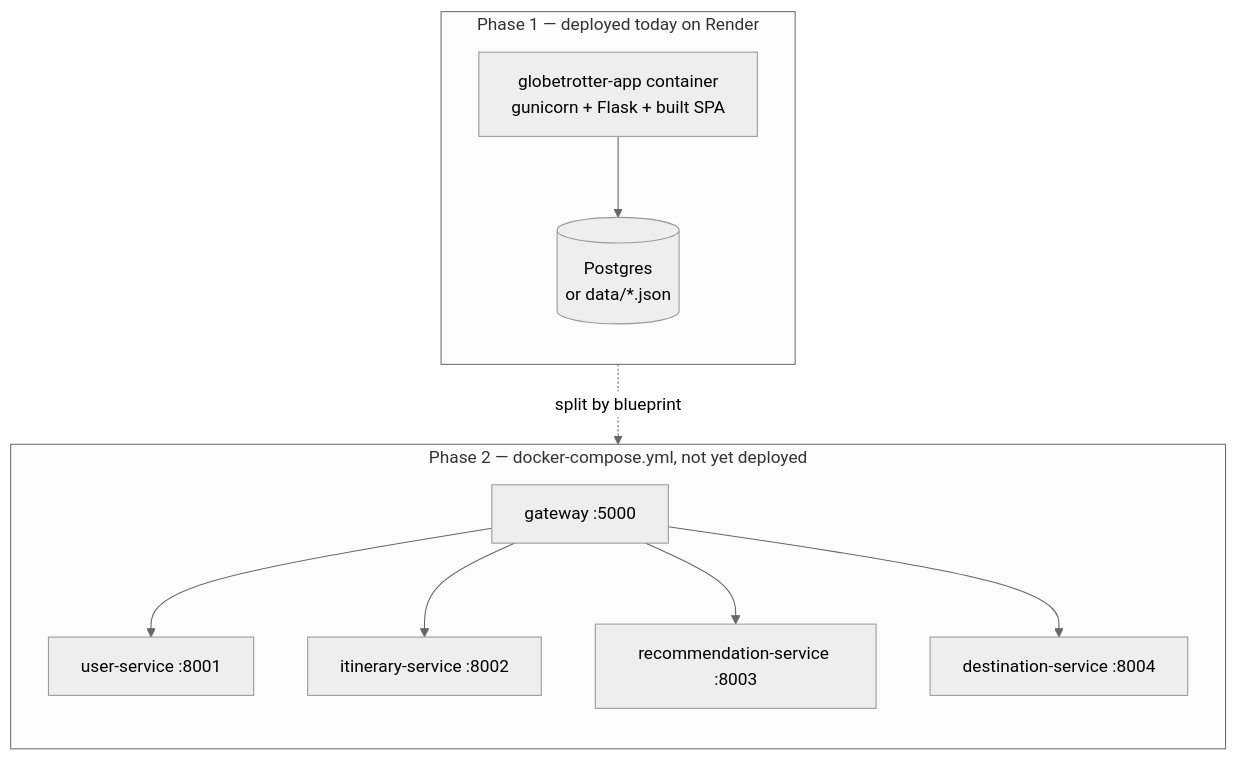
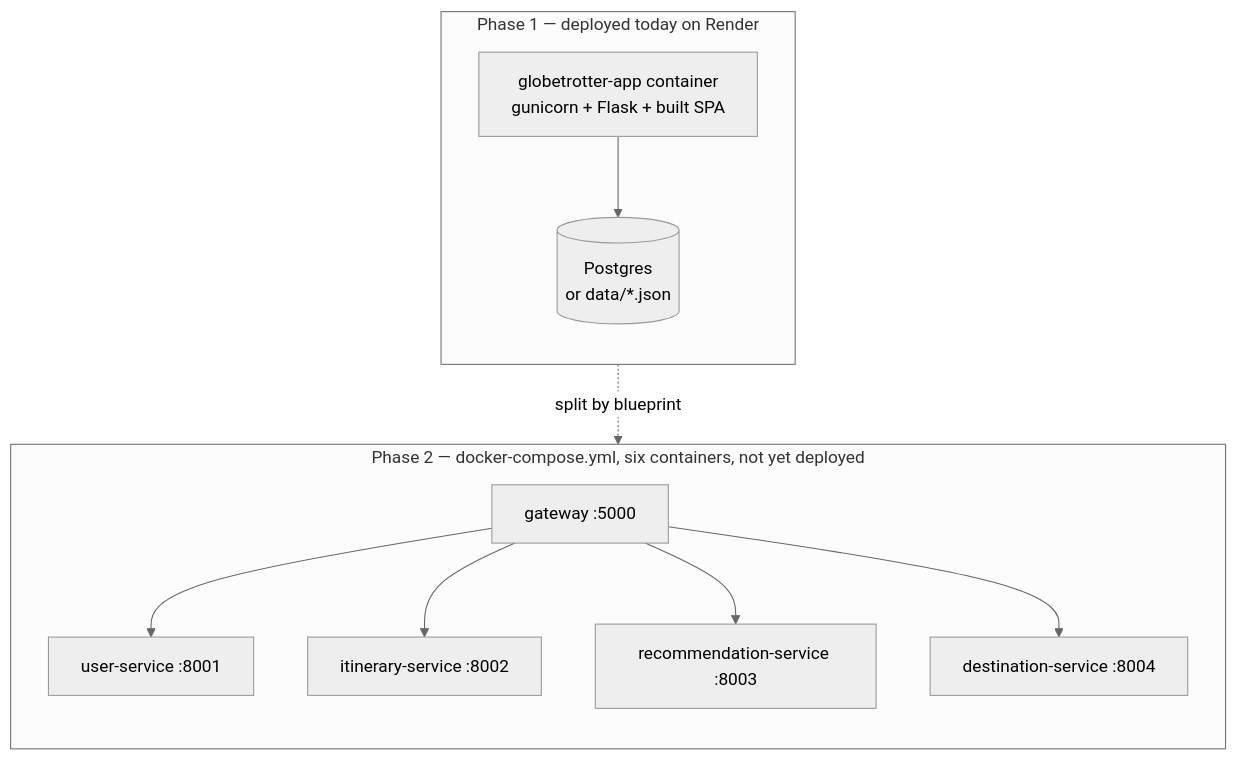
The eighth of 8 diagrams in docs/uml.md (madongue/globetrotter-capstone), drawn with Mermaid (neutral theme) before and after one commit. The commit also changed other lines of this file and 5 other files, not shown here.

````diff
--- a/docs/uml.md
+++ b/docs/uml.md
@@ -300,24 +341,24 @@
 ```mermaid
 graph TB
     subgraph Now["Phase 1 — deployed today on Render"]
         direction TB
         C1["globetrotter-app container<br/>gunicorn + Flask + built SPA"]
         D1[("Postgres<br/>or data/*.json")]
         C1 --> D1
     end
 
-    subgraph Next["Phase 2 — docker-compose.yml, not yet deployed"]
+    subgraph Next["Phase 2 — docker-compose.yml, six containers, not yet deployed"]
         direction TB
         GW["gateway :5000"]
         S1["user-service :8001"]
         S2["itinerary-service :8002"]
         S3["recommendation-service :8003"]
         S4["destination-service :8004"]
         GW --> S1
         GW --> S2
         GW --> S3
         GW --> S4
     end
 
     Now -.->|split by blueprint| Next
 ```
````
